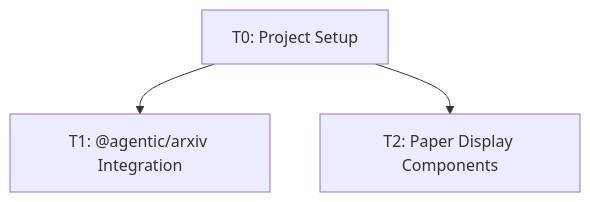
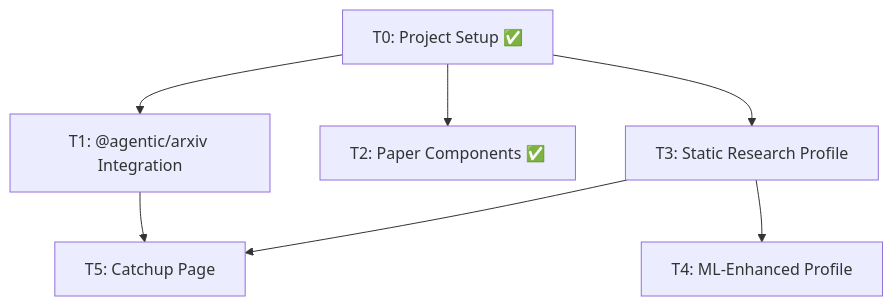
The diagram in memory-bank/tasks.md (space-cadet/arxivite), drawn with Mermaid before and after one commit. The commit also changed other lines of this file and 19 other files, not shown here.

First line of the commit message:
feat(catchup): Add catchup page with time-based paper filtering

````diff
--- a/memory-bank/tasks.md
+++ b/memory-bank/tasks.md
@@ -141,9 +28,16 @@
 ```mermaid
 graph TD
-    T0[T0: Project Setup]
+    T0[T0: Project Setup ✅]
     T1[T1: @agentic/arxiv Integration]
-    T2[T2: Paper Display Components]
+    T2[T2: Paper Components ✅]
+    T3[T3: Static Research Profile]
+    T4[T4: ML-Enhanced Profile]
+    T5[T5: Catchup Page]
     
     T0 --> T1
     T0 --> T2
+    T0 --> T3
+    T1 --> T5
+    T3 --> T4
+    T3 --> T5
 ```
````
